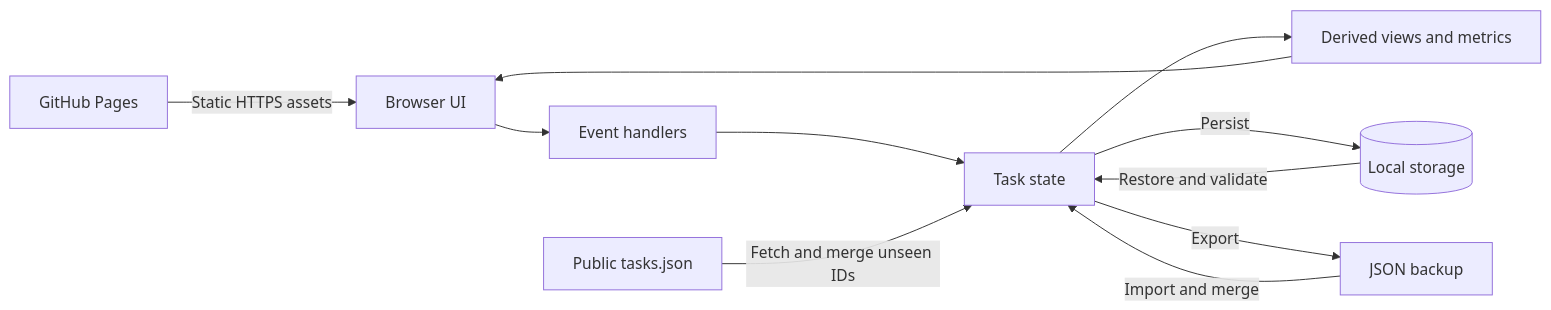
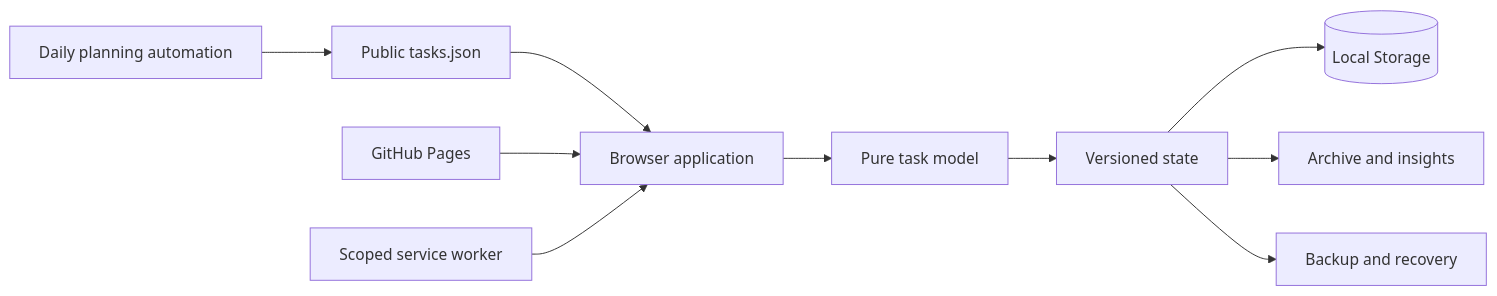
The diagram in README.md (varunjakkampudi-tech/daily-checklist), drawn with Mermaid before and after one commit. The commit also changed other lines of this file, not shown here.

Commit message:
docs: reconcile README with local-first planner upgrade

````diff
--- a/README.md
+++ b/README.md
@@ -43,13 +29,12 @@
 ```mermaid
 flowchart LR
-    P[GitHub Pages] -->|Static HTTPS assets| U[Browser UI]
-    U --> H[Event handlers]
-    H --> S[Task state]
-    S --> V[Derived views and metrics]
-    V --> U
-    S -->|Persist| L[(Local storage)]
-    L -->|Restore and validate| S
-    Q[Public tasks.json] -->|Fetch and merge unseen IDs| S
-    J[JSON backup] -->|Import and merge| S
-    S -->|Export| J
+  AI[Daily planning automation] --> JSON[Public tasks.json]
+  JSON --> UI[Browser application]
+  UI --> CORE[Pure task model]
+  CORE --> STATE[Versioned state]
+  STATE --> LS[(Local Storage)]
+  STATE --> HISTORY[Archive and insights]
+  STATE --> FILE[Backup and recovery]
+  PAGES[GitHub Pages] --> UI
+  SW[Scoped service worker] --> UI
 ```
````
